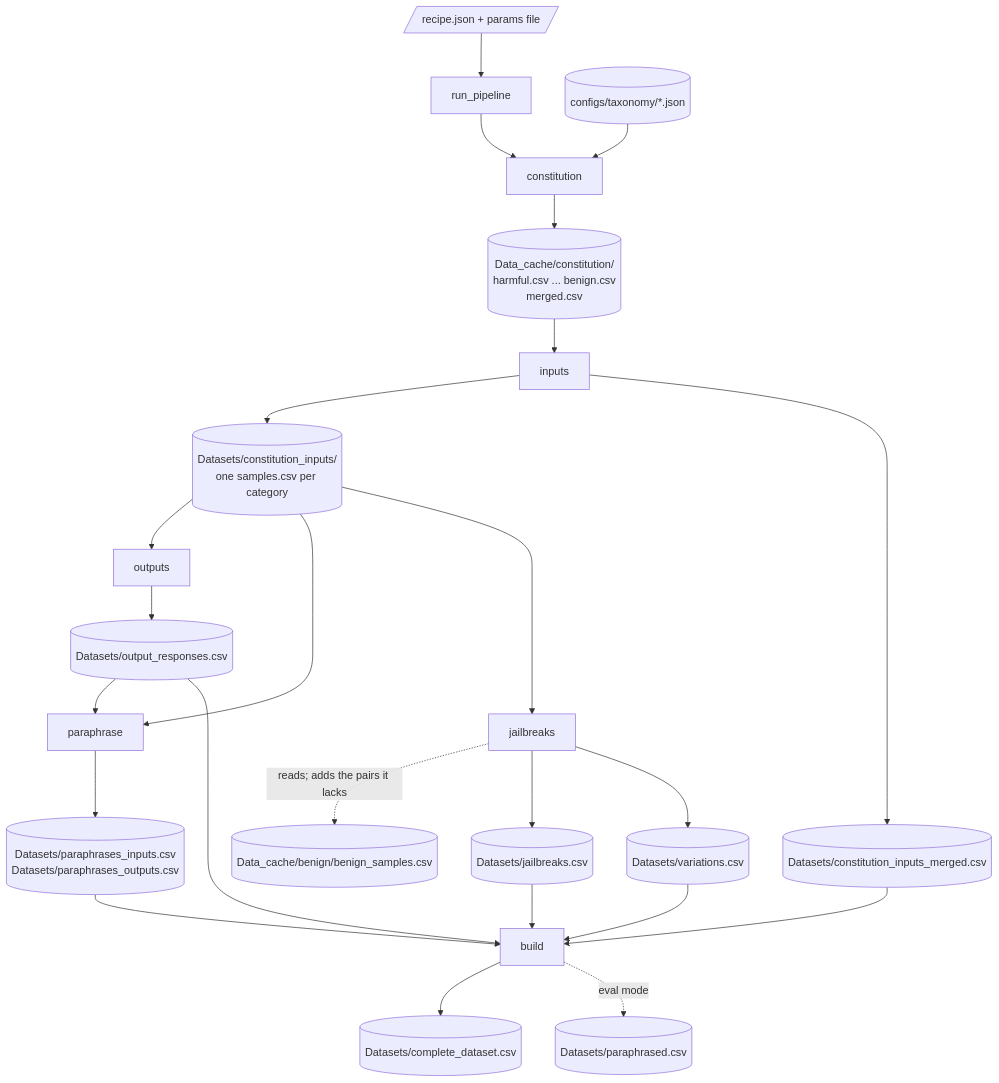
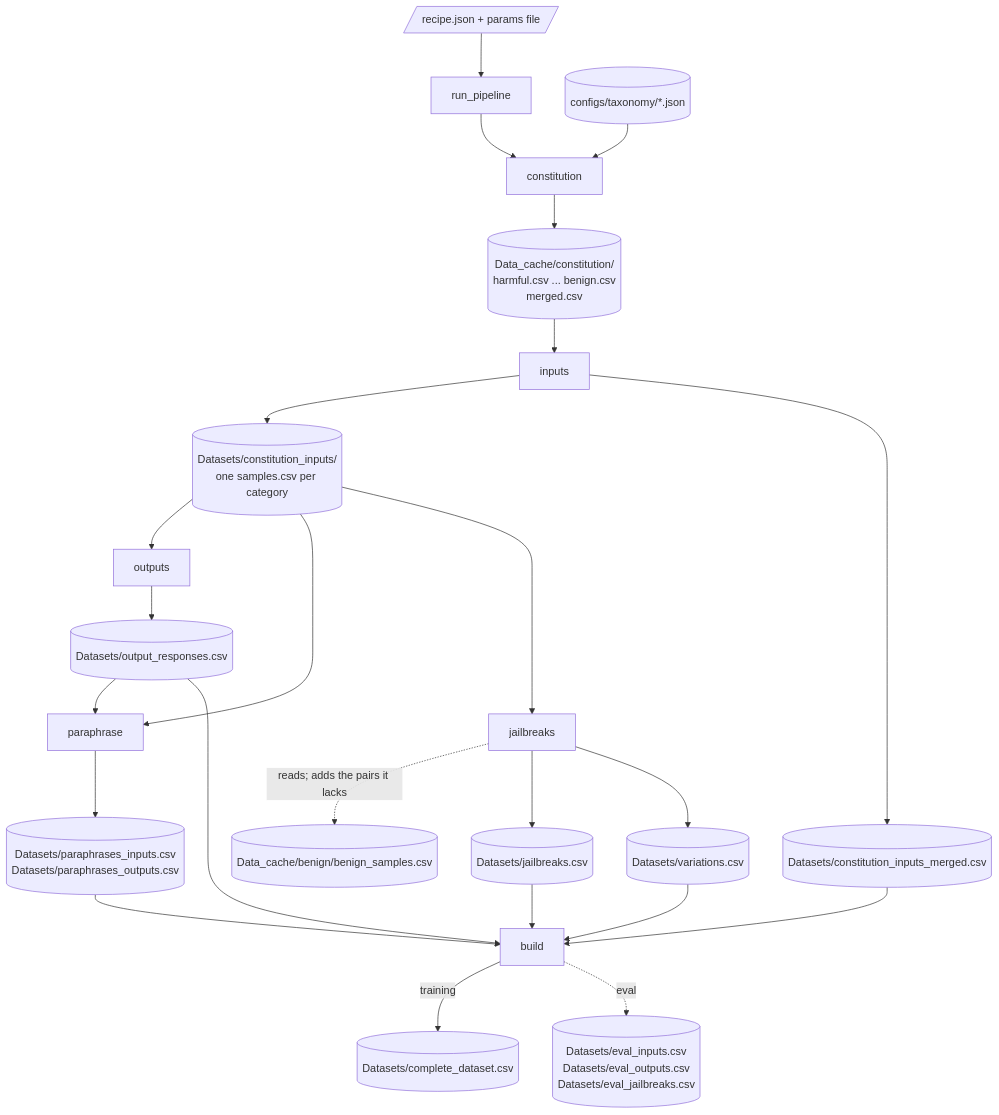
The diagram in docs/overview.md (CentreSecuriteIA/REDACT), drawn with Mermaid before and after one commit. The commit also changed other lines of this file and 18 other files, not shown here.

First line of the commit message:
Write an eval build as three flat files of inputs, outputs and jailbreaks

````diff
--- a/docs/overview.md
+++ b/docs/overview.md
@@ -43,26 +43,26 @@
 ```mermaid
 flowchart TD
     recipe[/"recipe.json + params file"/] --> driver["run_pipeline"]
     taxonomy[("configs/taxonomy/*.json")] --> constitution
     driver --> constitution["constitution"]
     constitution --> const[("Data_cache/constitution/<br/>harmful.csv ... benign.csv<br/>merged.csv")]
     const --> inputs["inputs"]
     inputs --> tree[("Datasets/constitution_inputs/<br/>one samples.csv per category")]
     inputs --> merged[("Datasets/constitution_inputs_merged.csv")]
     tree --> outputs["outputs"]
     tree --> paraphrase["paraphrase"]
     tree --> jailbreaks["jailbreaks"]
     outputs --> resp[("Datasets/output_responses.csv")]
     resp --> paraphrase
     paraphrase --> para[("Datasets/paraphrases_inputs.csv<br/>Datasets/paraphrases_outputs.csv")]
     jailbreaks -.->|"reads; adds the pairs it lacks"| benign[("Data_cache/benign/benign_samples.csv")]
     jailbreaks --> jb[("Datasets/jailbreaks.csv")]
     jailbreaks --> var[("Datasets/variations.csv")]
     merged --> build["build"]
     resp --> build
     para --> build
     jb --> build
     var --> build
-    build --> complete[("Datasets/complete_dataset.csv")]
-    build -.->|eval mode| parad[("Datasets/paraphrased.csv")]
+    build -->|training| complete[("Datasets/complete_dataset.csv")]
+    build -.->|eval| evalsets[("Datasets/eval_inputs.csv<br/>Datasets/eval_outputs.csv<br/>Datasets/eval_jailbreaks.csv")]
 ```
````
